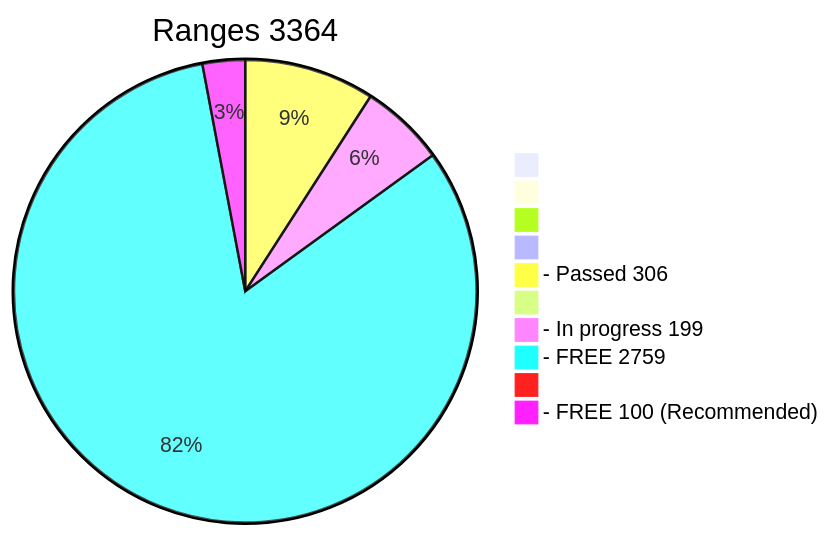
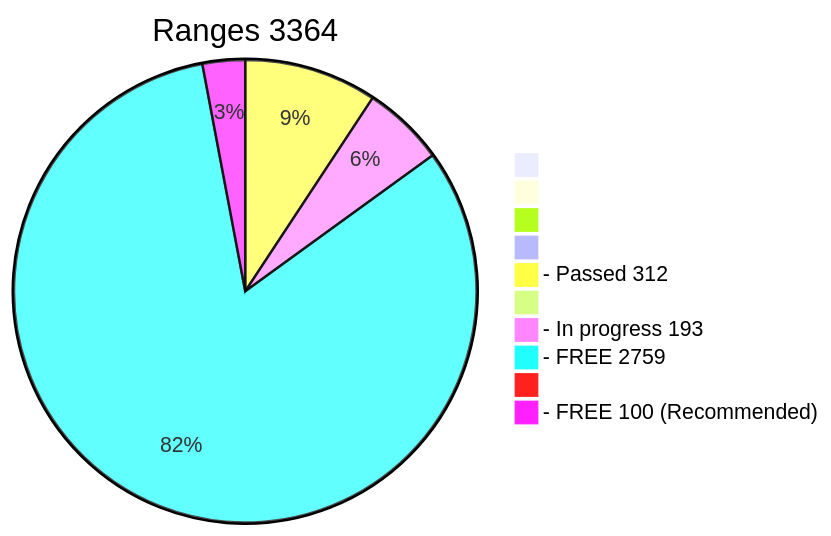
The diagram in x64/Release/table.md (phrutis/wif500), drawn with Mermaid before and after one commit. The commit also changed other lines of this file, not shown here.

````diff
--- a/x64/Release/table.md
+++ b/x64/Release/table.md
@@ -2,13 +2,13 @@
 ```mermaid
 pie title Ranges 3364
   " " : 0
   "  " : 0
   "   " : 0
   "    " : 0
-  "- Passed 306" : 306
+  "- Passed 312" : 312
   "     " : 0
-  "- In progress 199" : 199
+  "- In progress 193" : 193
   "- FREE 2759" : 2759
   "      " : 0
   "- FREE 100 (Recommended)" : 100
 ```
````
